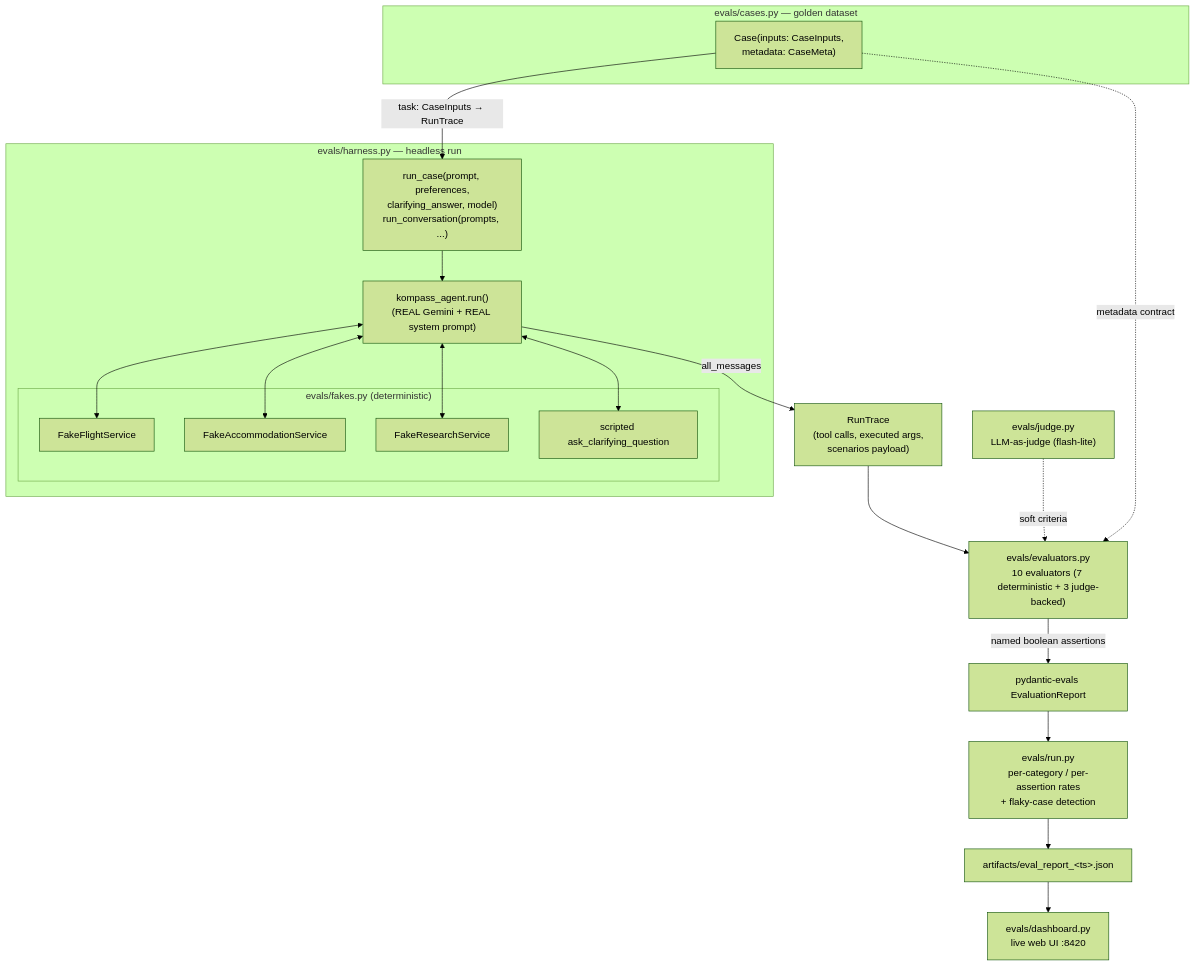
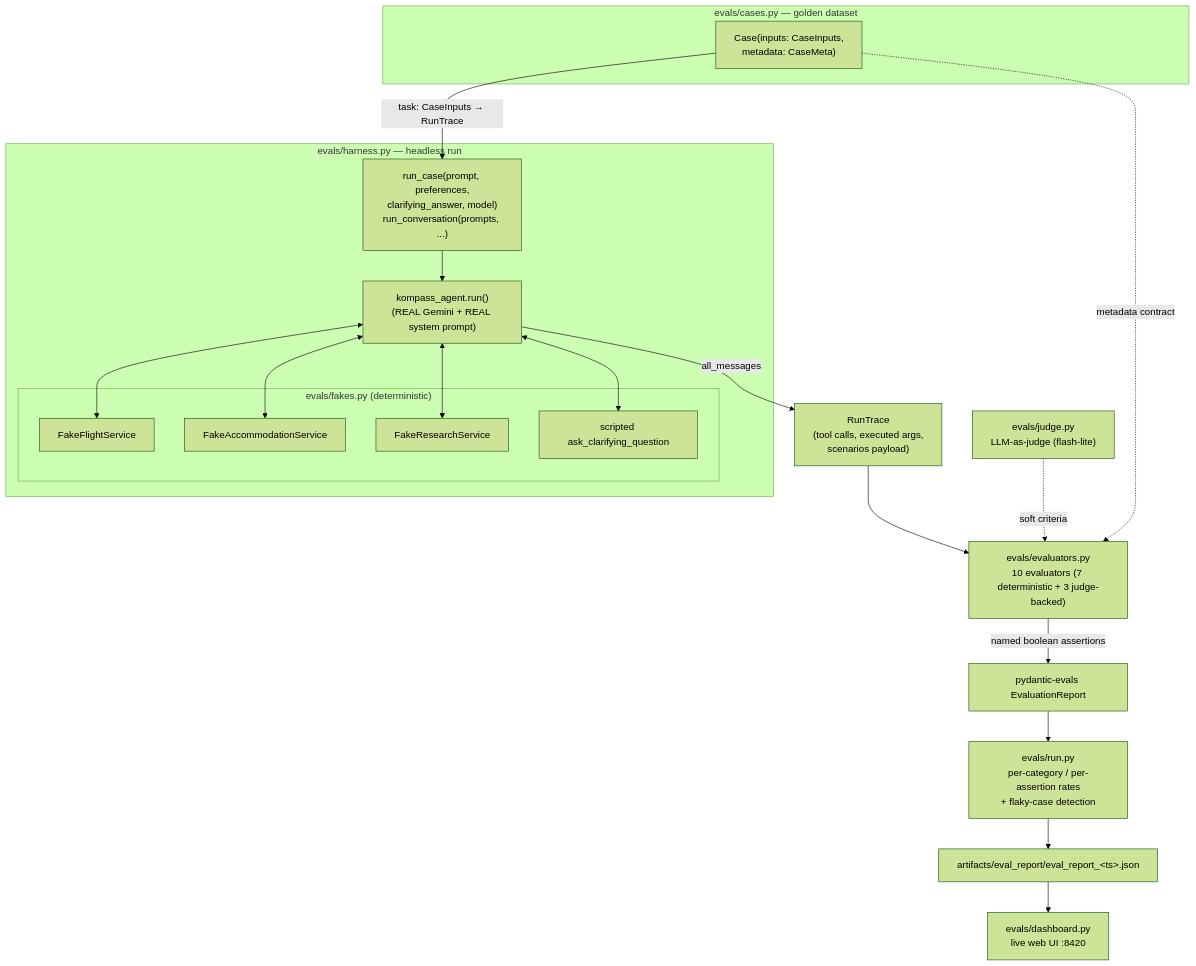
The diagram in docs/evals.md (M-Ali-ML/kompass), drawn with Mermaid (forest theme) before and after one commit. The commit also changed other lines of this file and 3 other files, not shown here.

````diff
--- a/docs/evals.md
+++ b/docs/evals.md
@@ -44,30 +44,30 @@
 ```mermaid
 flowchart TD
     subgraph Dataset["evals/cases.py — golden dataset"]
         C["Case(inputs: CaseInputs,<br/>metadata: CaseMeta)"]
     end
 
     subgraph Harness["evals/harness.py — headless run"]
         RC["run_case(prompt, preferences,<br/>clarifying_answer, model)<br/>run_conversation(prompts, ...)"]
         AG["kompass_agent.run()<br/>(REAL Gemini + REAL system prompt)"]
         subgraph Fakes["evals/fakes.py (deterministic)"]
             FF["FakeFlightService"]
             FA["FakeAccommodationService"]
             FR["FakeResearchService"]
             HITL["scripted ask_clarifying_question"]
         end
     end
 
     C -->|task: CaseInputs → RunTrace| RC
     RC --> AG
     AG <--> FF & FA & FR & HITL
     AG -->|all_messages| RT["RunTrace<br/>(tool calls, executed args,<br/>scenarios payload)"]
 
     RT --> EV["evals/evaluators.py<br/>10 evaluators (7 deterministic + 3 judge-backed)"]
     JG["evals/judge.py<br/>LLM-as-judge (flash-lite)"] -.soft criteria.-> EV
     C -.metadata contract.-> EV
     EV -->|named boolean assertions| REP["pydantic-evals EvaluationReport"]
     REP --> RUN["evals/run.py<br/>per-category / per-assertion rates<br/>+ flaky-case detection"]
-    RUN --> JSON["artifacts/eval_report_&lt;ts&gt;.json"]
+    RUN --> JSON["artifacts/eval_report/eval_report_&lt;ts&gt;.json"]
     JSON --> DASH["evals/dashboard.py<br/>live web UI :8420"]
 ```
````
